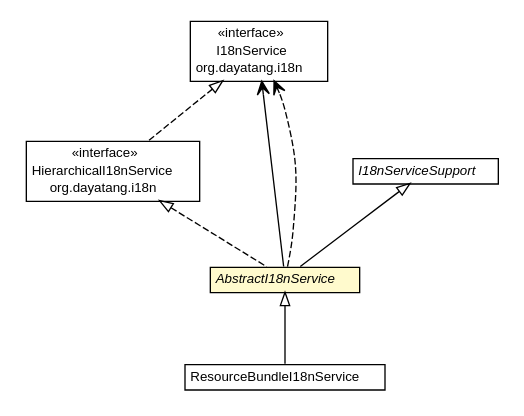
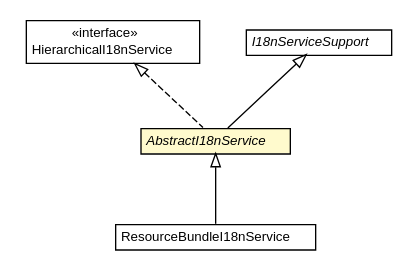
The diagram in dddlib-i18n/apidocs/org/dayatang/i18n/impl/AbstractI18nService.dot (dayatang/dddlib), drawn with Graphviz before and after one commit. The commit also changed 127 other files, not shown here.

```diff
--- a/dddlib-i18n/apidocs/org/dayatang/i18n/impl/AbstractI18nService.dot
+++ b/dddlib-i18n/apidocs/org/dayatang/i18n/impl/AbstractI18nService.dot
@@ -1,58 +1,43 @@
 #!/usr/local/bin/dot
 #
 # Class diagram 
 # Generated by UMLGraph version R5_6_6-8-g8d7759 (http://www.umlgraph.org/)
 #
 
 digraph G {
 	edge [fontname="Helvetica",fontsize=10,labelfontname="Helvetica",labelfontsize=10];
 	node [fontname="Helvetica",fontsize=10,shape=plaintext];
 	nodesep=0.25;
 	ranksep=0.5;
-	// org.dayatang.i18n.I18nService
-	c37 [label=<<table title="org.dayatang.i18n.I18nService" border="0" cellborder="1" cellspacing="0" cellpadding="2" port="p" href="../I18nService.html">
-		<tr><td><table border="0" cellspacing="0" cellpadding="1">
-<tr><td align="center" balign="center"> &#171;interface&#187; </td></tr>
-<tr><td align="center" balign="center"> I18nService </td></tr>
-<tr><td align="center" balign="center"> org.dayatang.i18n </td></tr>
-		</table></td></tr>
-		</table>>, URL="../I18nService.html", fontname="Helvetica", fontcolor="black", fontsize=10.0];
 	// org.dayatang.i18n.HierarchicalI18nService
-	c38 [label=<<table title="org.dayatang.i18n.HierarchicalI18nService" border="0" cellborder="1" cellspacing="0" cellpadding="2" port="p" href="../HierarchicalI18nService.html">
+	c34 [label=<<table title="org.dayatang.i18n.HierarchicalI18nService" border="0" cellborder="1" cellspacing="0" cellpadding="2" port="p" href="../HierarchicalI18nService.html">
 		<tr><td><table border="0" cellspacing="0" cellpadding="1">
 <tr><td align="center" balign="center"> &#171;interface&#187; </td></tr>
 <tr><td align="center" balign="center"> HierarchicalI18nService </td></tr>
-<tr><td align="center" balign="center"> org.dayatang.i18n </td></tr>
 		</table></td></tr>
 		</table>>, URL="../HierarchicalI18nService.html", fontname="Helvetica", fontcolor="black", fontsize=10.0];
 	// org.dayatang.i18n.impl.ResourceBundleI18nService
-	c43 [label=<<table title="org.dayatang.i18n.impl.ResourceBundleI18nService" border="0" cellborder="1" cellspacing="0" cellpadding="2" port="p" href="./ResourceBundleI18nService.html">
+	c36 [label=<<table title="org.dayatang.i18n.impl.ResourceBundleI18nService" border="0" cellborder="1" cellspacing="0" cellpadding="2" port="p" href="./ResourceBundleI18nService.html">
 		<tr><td><table border="0" cellspacing="0" cellpadding="1">
 <tr><td align="center" balign="center"> ResourceBundleI18nService </td></tr>
 		</table></td></tr>
 		</table>>, URL="./ResourceBundleI18nService.html", fontname="Helvetica", fontcolor="black", fontsize=10.0];
 	// org.dayatang.i18n.impl.I18nServiceSupport
-	c45 [label=<<table title="org.dayatang.i18n.impl.I18nServiceSupport" border="0" cellborder="1" cellspacing="0" cellpadding="2" port="p" href="./I18nServiceSupport.html">
+	c37 [label=<<table title="org.dayatang.i18n.impl.I18nServiceSupport" border="0" cellborder="1" cellspacing="0" cellpadding="2" port="p" href="./I18nServiceSupport.html">
 		<tr><td><table border="0" cellspacing="0" cellpadding="1">
 <tr><td align="center" balign="center"><font face="Helvetica-Oblique"> I18nServiceSupport </font></td></tr>
 		</table></td></tr>
 		</table>>, URL="./I18nServiceSupport.html", fontname="Helvetica", fontcolor="black", fontsize=10.0];
 	// org.dayatang.i18n.impl.AbstractI18nService
-	c46 [label=<<table title="org.dayatang.i18n.impl.AbstractI18nService" border="0" cellborder="1" cellspacing="0" cellpadding="2" port="p" bgcolor="lemonChiffon" href="./AbstractI18nService.html">
+	c38 [label=<<table title="org.dayatang.i18n.impl.AbstractI18nService" border="0" cellborder="1" cellspacing="0" cellpadding="2" port="p" bgcolor="lemonChiffon" href="./AbstractI18nService.html">
 		<tr><td><table border="0" cellspacing="0" cellpadding="1">
 <tr><td align="center" balign="center"><font face="Helvetica-Oblique"> AbstractI18nService </font></td></tr>
 		</table></td></tr>
 		</table>>, URL="./AbstractI18nService.html", fontname="Helvetica", fontcolor="black", fontsize=10.0];
-	//org.dayatang.i18n.HierarchicalI18nService implements org.dayatang.i18n.I18nService
-	c37:p -> c38:p [dir=back,arrowtail=empty,style=dashed];
 	//org.dayatang.i18n.impl.ResourceBundleI18nService extends org.dayatang.i18n.impl.AbstractI18nService
-	c46:p -> c43:p [dir=back,arrowtail=empty];
+	c38:p -> c36:p [dir=back,arrowtail=empty];
 	//org.dayatang.i18n.impl.AbstractI18nService extends org.dayatang.i18n.impl.I18nServiceSupport
-	c45:p -> c46:p [dir=back,arrowtail=empty];
+	c37:p -> c38:p [dir=back,arrowtail=empty];
 	//org.dayatang.i18n.impl.AbstractI18nService implements org.dayatang.i18n.HierarchicalI18nService
-	c38:p -> c46:p [dir=back,arrowtail=empty,style=dashed];
-	// org.dayatang.i18n.impl.AbstractI18nService NAVASSOC org.dayatang.i18n.I18nService
-	c46:p -> c37:p [taillabel="", label=" "headlabel="", fontname="Helvetica", fontcolor="black", fontsize=10.0, color="black", arrowhead=open];
-	// org.dayatang.i18n.impl.AbstractI18nService DEPEND org.dayatang.i18n.I18nService
-	c46:p -> c37:p [taillabel="", label=" "headlabel="", fontname="Helvetica", fontcolor="black", fontsize=10.0, color="black", arrowhead=open, style=dashed];
+	c34:p -> c38:p [dir=back,arrowtail=empty,style=dashed];
 }
```
